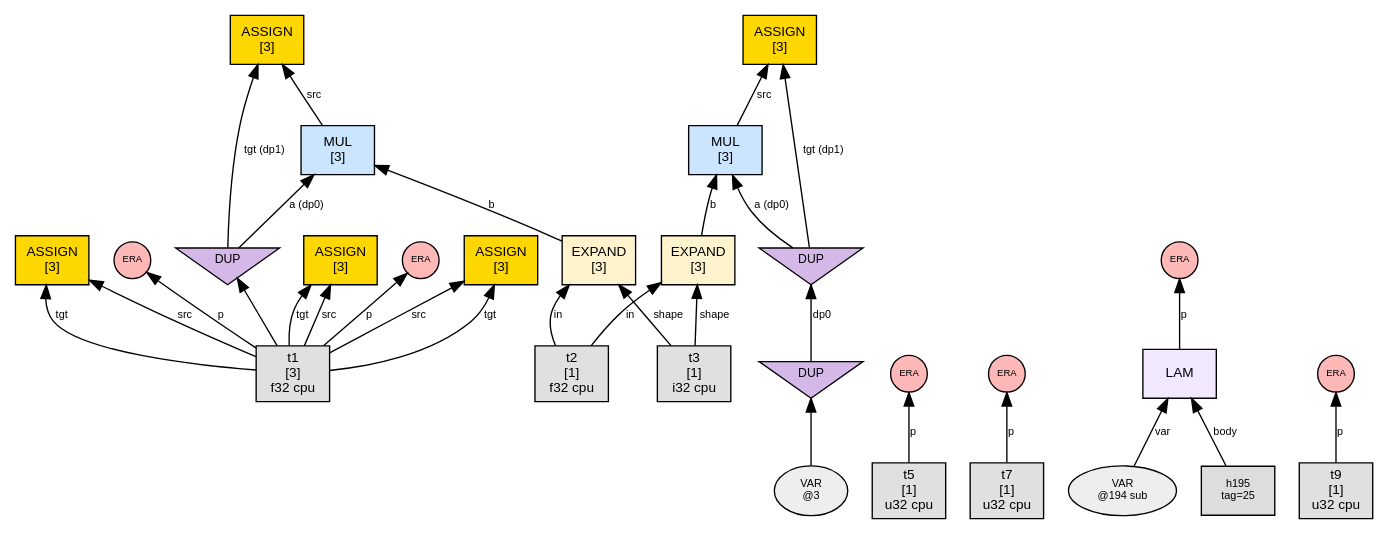
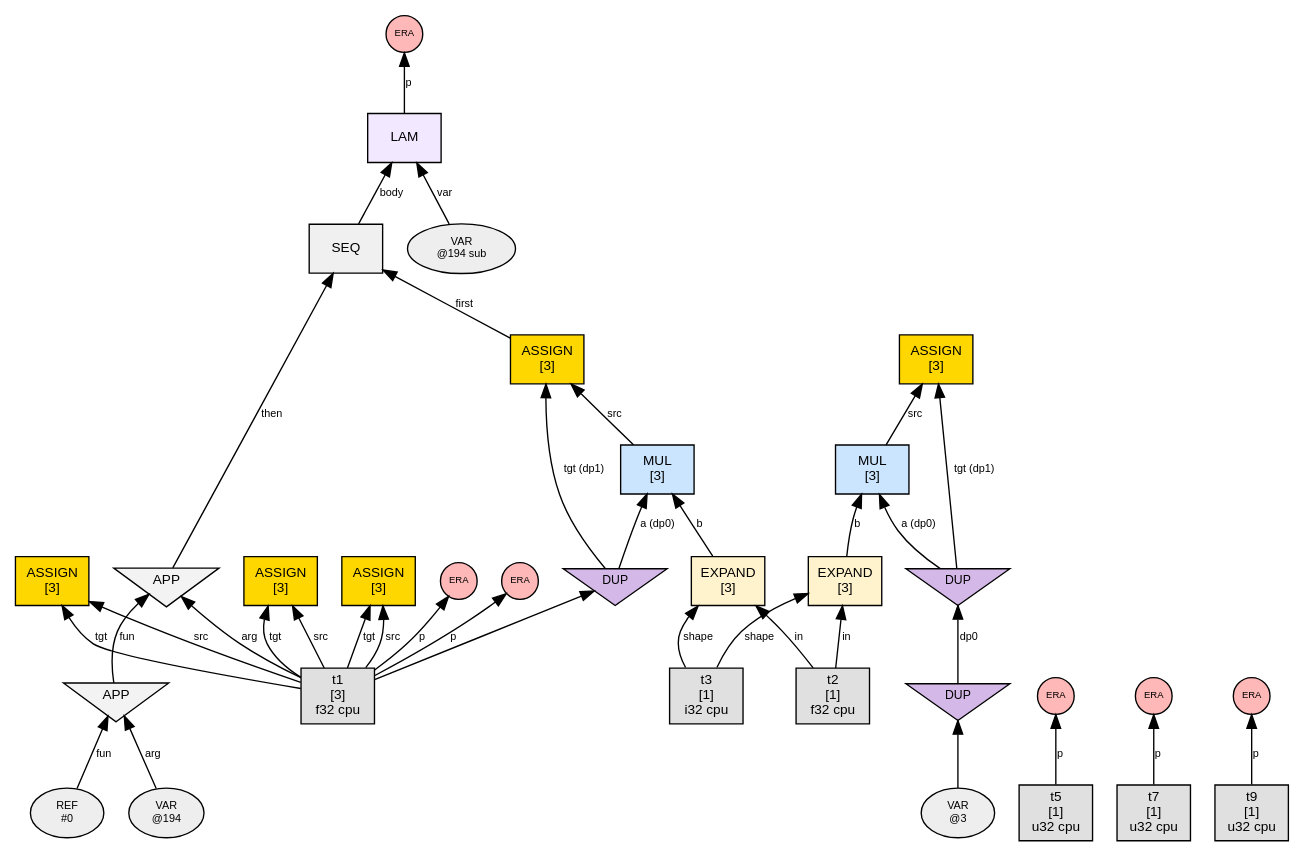
Before and after one commit to sw1sh/TinyHVM: the diagram in phase2_graphs/loop_assign_simple/n3_post_dispatch.dot, drawn with Graphviz. The commit also changed 113 other files, not shown here.

First line of the commit message:
fix: step graph quality — init highlight, TAG_SEQ, checker rules

```diff
--- a/phase2_graphs/loop_assign_simple/n3_post_dispatch.dot
+++ b/phase2_graphs/loop_assign_simple/n3_post_dispatch.dot
@@ -1,63 +1,73 @@
 digraph G {
   rankdir=BT;
   node [fontname="Helvetica", fontsize=10, style=filled, shape=box, margin="0.1,0.05"];
   edge [fontsize=8, fontname="Helvetica"];
 
   t1 [label="t1\n[3]\nf32 cpu",shape=box,fillcolor="#e0e0e0"];
   n10 [label="EXPAND\n[3]", shape=box, fillcolor="#fff3cd"];
   t2 [label="t2\n[1]\nf32 cpu",shape=box,fillcolor="#e0e0e0"];
   t2 -> n10 [label="in"];
   t3 [label="t3\n[1]\ni32 cpu",shape=box,fillcolor="#e0e0e0"];
   t3 -> n10 [label="shape"];
   n14 [label="MUL\n[3]", shape=box, fillcolor="#cce5ff"];
   dup8 [label="DUP", shape=invtriangle, fillcolor="#d4b8e8", fontsize=9, width=0.7, height=0.5];
   dup7 -> dup8 [label="dp0"];
   dup7 [label="DUP", shape=invtriangle, fillcolor="#d4b8e8", fontsize=9, width=0.7, height=0.5];
   var7 [label="VAR\n@3", shape=oval, fillcolor="#eeeeee", fontsize=8];
   var7 -> dup7;
   dup8 -> n14 [label="a (dp0)"];
   n10 -> n14 [label="b"];
   n18 [label="ASSIGN\n[3]", shape=box, fillcolor="#ffd700"];
   dup8 -> n18 [label="tgt (dp1)"];
   n14 -> n18 [label="src"];
   n47 [label="ASSIGN\n[3]", shape=box, fillcolor="#ffd700"];
   t1 -> n47 [label="tgt"];
   t1 -> n47 [label="src"];
   n98 [label="ASSIGN\n[3]", shape=box, fillcolor="#ffd700"];
   t1 -> n98 [label="tgt"];
   t1 -> n98 [label="src"];
   era110 [label="ERA",shape=circle,width=0.38,height=0.38,fixedsize=true,fillcolor="#ffb8b8",fontsize=7];
   t5 [label="t5\n[1]\nu32 cpu",shape=box,fillcolor="#e0e0e0"];
   t5 -> era110 [label="p"];
   era112 [label="ERA",shape=circle,width=0.38,height=0.38,fixedsize=true,fillcolor="#ffb8b8",fontsize=7];
   t1 -> era112 [label="p"];
   n148 [label="ASSIGN\n[3]", shape=box, fillcolor="#ffd700"];
   t1 -> n148 [label="tgt"];
   t1 -> n148 [label="src"];
   era160 [label="ERA",shape=circle,width=0.38,height=0.38,fixedsize=true,fillcolor="#ffb8b8",fontsize=7];
   t7 [label="t7\n[1]\nu32 cpu",shape=box,fillcolor="#e0e0e0"];
   t7 -> era160 [label="p"];
   era162 [label="ERA",shape=circle,width=0.38,height=0.38,fixedsize=true,fillcolor="#ffb8b8",fontsize=7];
   t1 -> era162 [label="p"];
   n194 [label="LAM", shape=box, fillcolor="#f2e8ff"];
   var194 [label="VAR\n@194 sub", shape=oval, fillcolor="#eeeeee", fontsize=8];
   var194 -> n194 [label="var"];
-  h195 [label="h195\ntag=25", shape=box, fillcolor="#dddddd", fontsize=8];
-  h195 -> n194 [label="body"];
+  n196 -> n194 [label="body"];
+  n196 [label="SEQ", shape=box, fillcolor="#f0f0f0"];
+  n198 -> n196 [label="first"];
+  n205 -> n196 [label="then"];
   n198 [label="ASSIGN\n[3]", shape=box, fillcolor="#ffd700"];
   dup200 [label="DUP", shape=invtriangle, fillcolor="#d4b8e8", fontsize=9, width=0.7, height=0.5];
   t1 -> dup200;
   dup200 -> n198 [label="tgt (dp1)"];
   n201 -> n198 [label="src"];
+  n205 [label="APP", shape=invtriangle, fillcolor="#f3f3f3"];
+  n207 -> n205 [label="fun"];
+  t1 -> n205 [label="arg"];
   n201 [label="MUL\n[3]", shape=box, fillcolor="#cce5ff"];
   dup200 -> n201 [label="a (dp0)"];
   n203 -> n201 [label="b"];
   n203 [label="EXPAND\n[3]", shape=box, fillcolor="#fff3cd"];
   t2 -> n203 [label="in"];
   t3 -> n203 [label="shape"];
+  n207 [label="APP", shape=invtriangle, fillcolor="#f3f3f3"];
+  ref207 [label="REF\n#0", shape=oval, fillcolor="#eeeeee", fontsize=8];
+  ref207 -> n207 [label="fun"];
+  var208 [label="VAR\n@194", shape=oval, fillcolor="#eeeeee", fontsize=8];
+  var208 -> n207 [label="arg"];
   era210 [label="ERA",shape=circle,width=0.38,height=0.38,fixedsize=true,fillcolor="#ffb8b8",fontsize=7];
   t9 [label="t9\n[1]\nu32 cpu",shape=box,fillcolor="#e0e0e0"];
   t9 -> era210 [label="p"];
   era212 [label="ERA",shape=circle,width=0.38,height=0.38,fixedsize=true,fillcolor="#ffb8b8",fontsize=7];
   n194 -> era212 [label="p"];
 }
```
